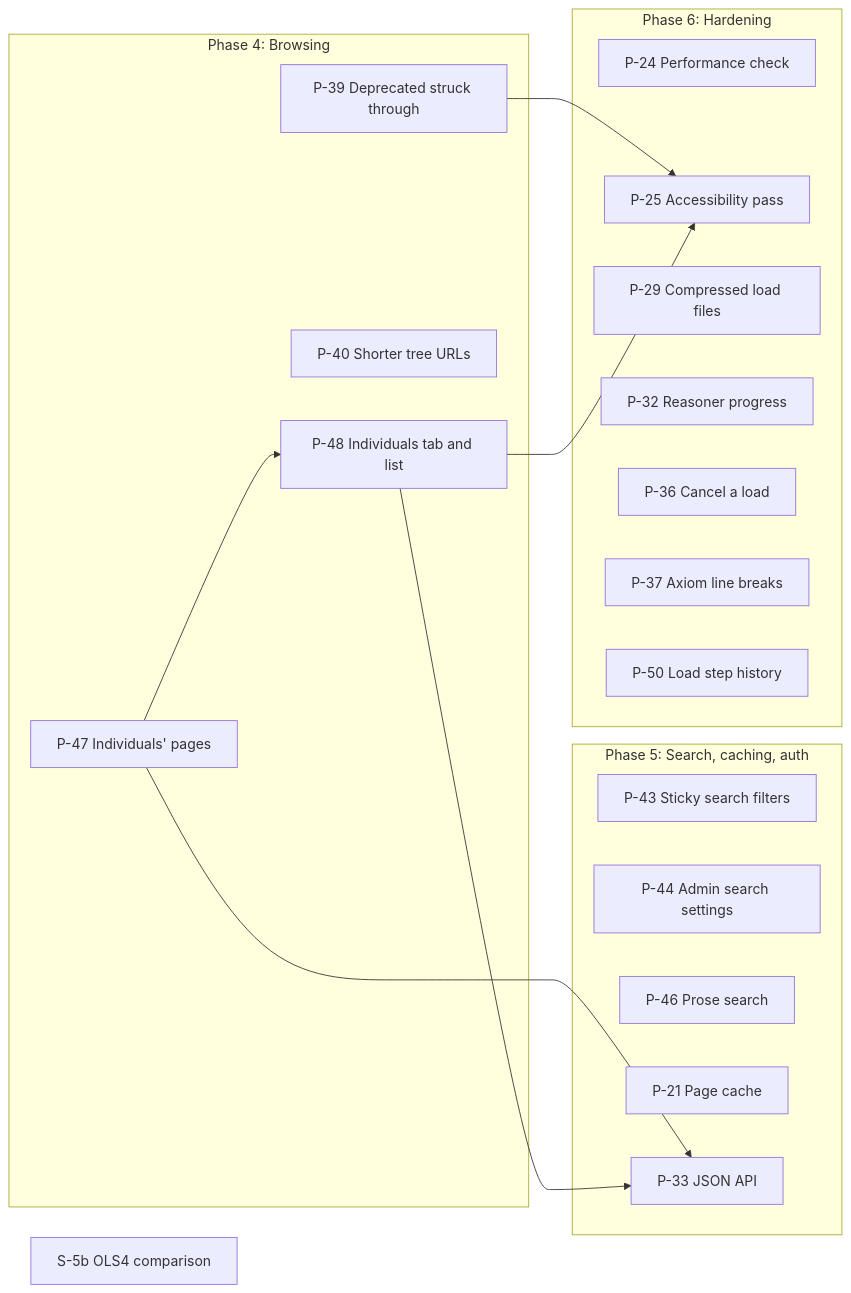
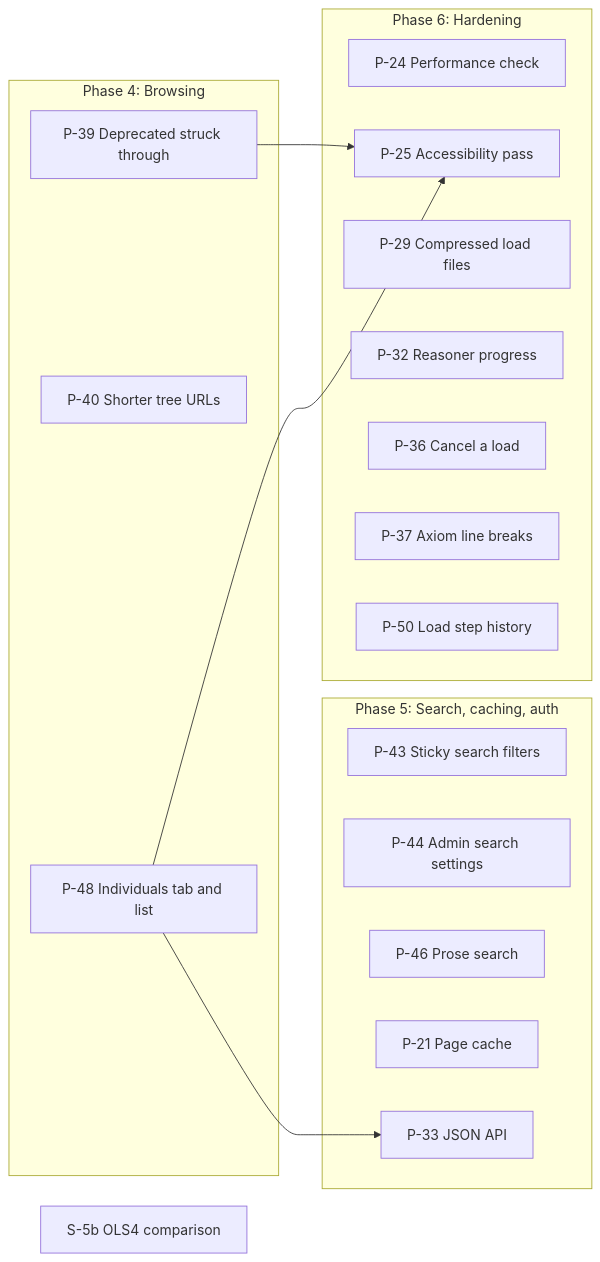
One commit to jclerman/browl changed the diagram in docs/DESIGN.md. Above: the diagram before and after it, drawn with Mermaid. The commit also changed other lines of this file and 51 other files, not shown here.

First line of the commit message:
P-47: Individuals' pages (#173)

````diff
--- a/docs/DESIGN.md
+++ b/docs/DESIGN.md
@@ -2253,32 +2309,29 @@
 ```mermaid
 flowchart LR
     subgraph P4["Phase 4: Browsing"]
         P39["P-39 Deprecated struck through"]
         P40["P-40 Shorter tree URLs"]
-        P47["P-47 Individuals' pages"]
         P48["P-48 Individuals tab and list"]
     end
     subgraph P5["Phase 5: Search, caching, auth"]
         P43["P-43 Sticky search filters"]
         P44["P-44 Admin search settings"]
         P46["P-46 Prose search"]
         P21["P-21 Page cache"]
         P33["P-33 JSON API"]
     end
     subgraph P6["Phase 6: Hardening"]
         P24["P-24 Performance check"]
         P25["P-25 Accessibility pass"]
         P29["P-29 Compressed load files"]
         P32["P-32 Reasoner progress"]
         P36["P-36 Cancel a load"]
         P37["P-37 Axiom line breaks"]
         P50["P-50 Load step history"]
     end
     S5b["S-5b OLS4 comparison"]
 
     P39 --> P25
-    P47 --> P48
-    P47 --> P33
     P48 --> P33
     P48 --> P25
 ```
````
